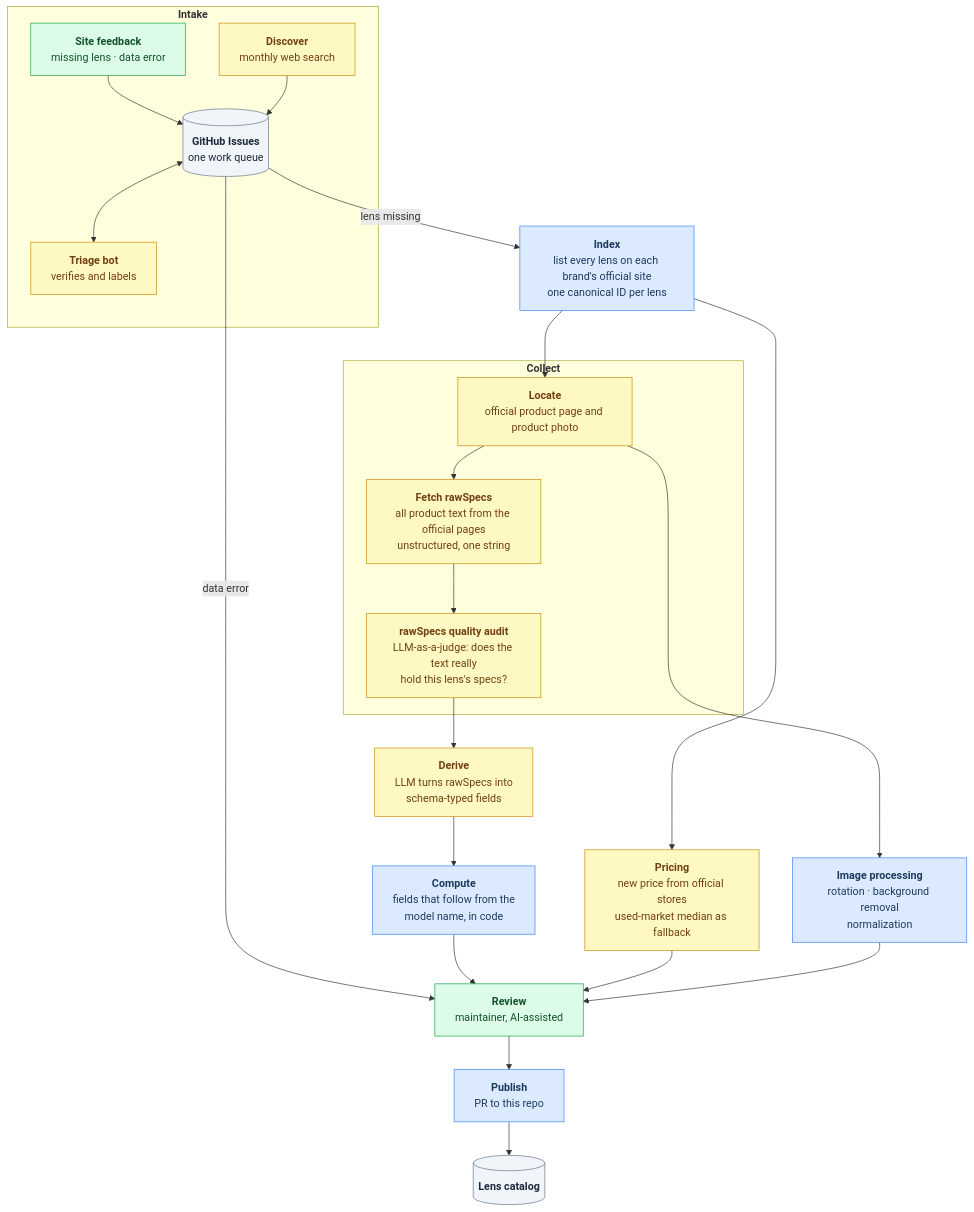
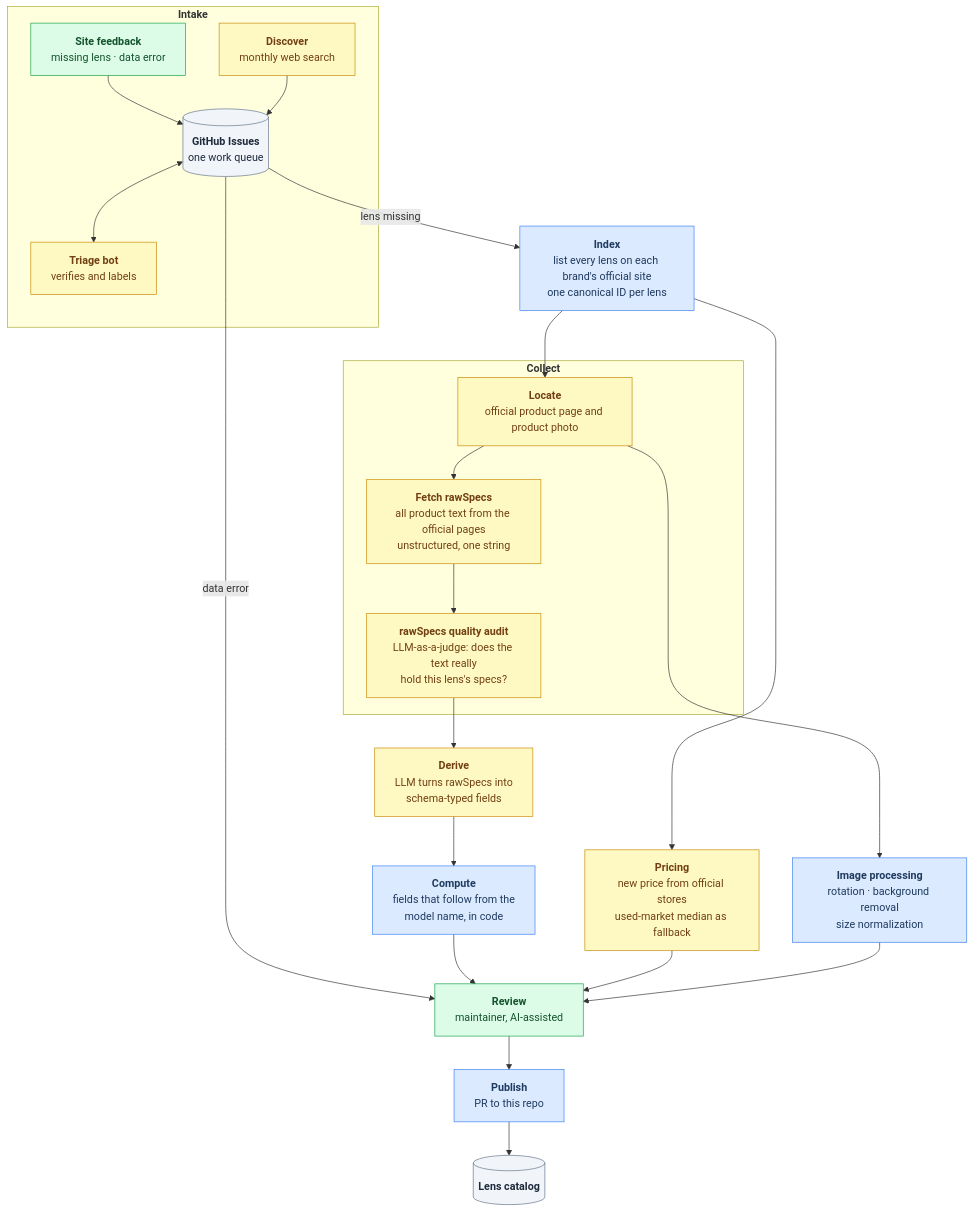
Before and after one commit to sentacraft/atlens: the second of 3 diagrams in README.md, drawn with Mermaid. The commit also changed other lines of this file, not shown here.

````diff
--- a/README.md
+++ b/README.md
@@ -177,64 +177,64 @@
 ```mermaid
 flowchart TD
   subgraph intake["`**Intake**`"]
     FEED["`**Site feedback**
 missing lens · data error`"]
     DISC["`**Discover**
 monthly web search`"]
     ISSUES[("`**GitHub Issues**
 one work queue`")]
     TRI["`**Triage bot**
 verifies and labels`"]
   end
 
   IDX["`**Index**
 list every lens on each brand's official site
 one canonical ID per lens`"]
   subgraph collect["`**Collect**`"]
     C1["`**Locate**
 official product page and product photo`"]
     C2["`**Fetch rawSpecs**
 all product text from the official pages
 unstructured, one string`"]
     AUDIT["`**rawSpecs quality audit**
 LLM-as-a-judge: does the text really
 hold this lens's specs?`"]
   end
   DER["`**Derive**
 LLM turns rawSpecs into
 schema-typed fields`"]
   CMP["`**Compute**
 fields that follow from the
 model name, in code`"]
   PRC["`**Pricing**
 new price from official stores
 used-market median as fallback`"]
   IMG["`**Image processing**
 rotation · background removal
-normalization`"]
+size normalization`"]
   REV["`**Review**
 maintainer, AI-assisted`"]
   PUB["`**Publish**
 PR to this repo`"]
   DB[("`**Lens catalog**`")]
 
   FEED --> ISSUES
   DISC --> ISSUES
   ISSUES <--> TRI
   ISSUES -->|"lens missing"| IDX
   ISSUES -->|"data error"| REV
   IDX --> C1 --> C2 --> AUDIT --> DER --> CMP --> REV
   IDX --> PRC --> REV
   C1 --> IMG --> REV
   REV --> PUB --> DB
 
   classDef script fill:#dbeafe,stroke:#3b82f6,color:#1e3a5f
   classDef agent fill:#fef9c3,stroke:#ca8a04,color:#713f12
   classDef human fill:#dcfce7,stroke:#16a34a,color:#14532d
   classDef store fill:#f1f5f9,stroke:#64748b,color:#1e293b
 
   class IDX,CMP,IMG,PUB script
   class DISC,TRI,C1,C2,AUDIT,DER,PRC agent
   class FEED,REV human
   class ISSUES,DB store
 ```
````
